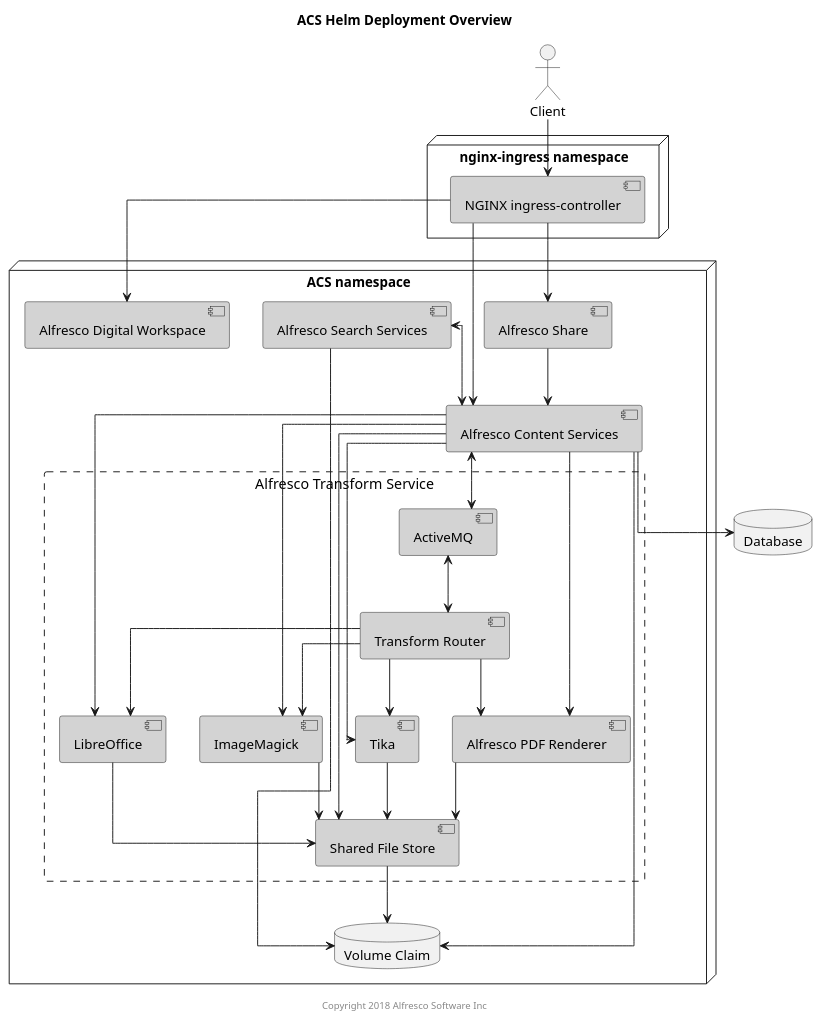
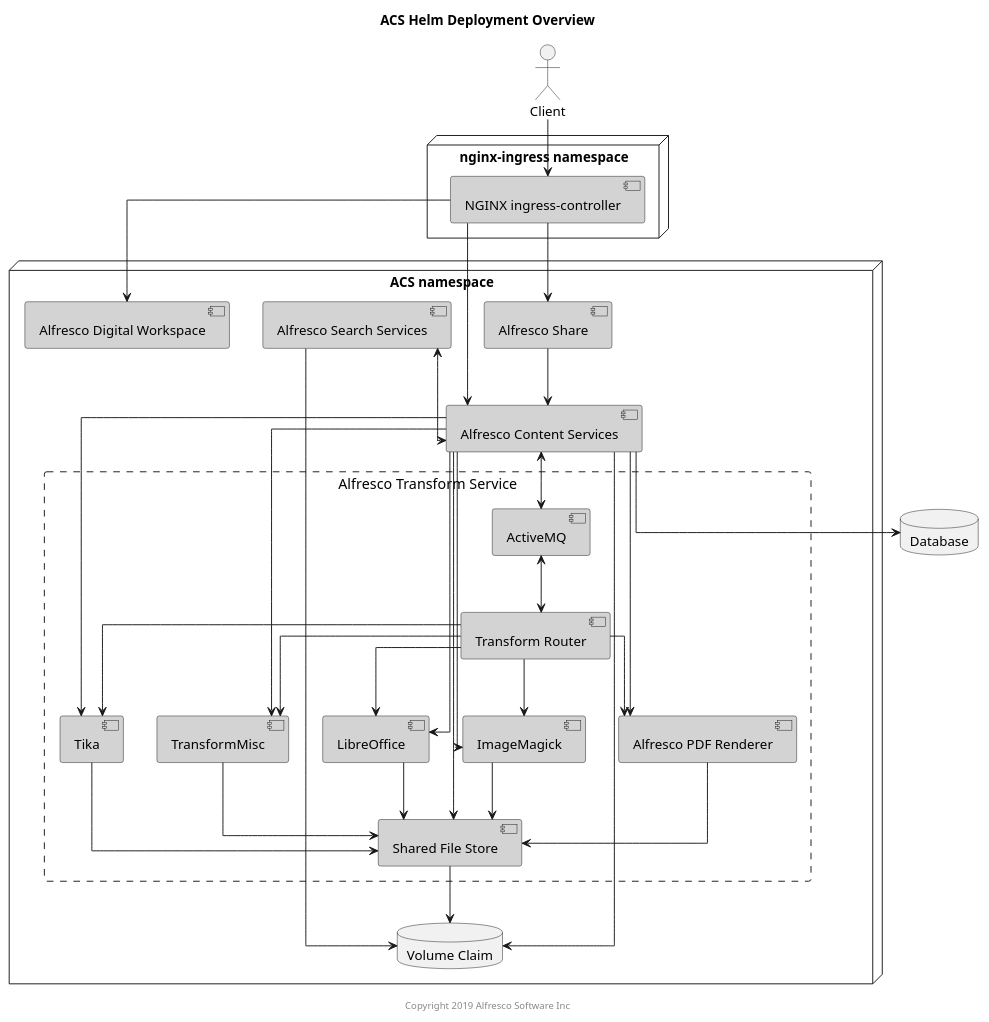
Before and after one commit to Alfresco/acs-deployment: the diagram in docs/diagrams/helm-chart/helm-components.puml, drawn with PlantUML. The commit also changed 7 other files, not shown here.

Commit message:
Update docs/diagrams to include TransformMisc

```diff
--- a/docs/diagrams/helm-chart/helm-components.puml
+++ b/docs/diagrams/helm-chart/helm-components.puml
@@ -1,69 +1,73 @@
 @startuml
 
 Title: ACS Helm Deployment Overview
 
 skinparam componentStyle uml2
 skinparam linetype ortho
 skinparam rectangle {
     BorderStyle dashed
     FontSize 15
     FontStyle none
 }
 
 actor Client
 
 node "nginx-ingress namespace" {
     component "NGINX ingress-controller" as nginx #lightgrey
 }
 
 node "ACS namespace" {
     component "Alfresco Digital Workspace" as adw #lightgrey
     component "Alfresco Content Services" as acs #lightgrey
     component "Alfresco Search Services" as ass #lightgrey
     component "Alfresco Share" as share #lightgrey
     database "Volume Claim" as vc
     rectangle "Alfresco Transform Service" {
         component "Transform Router" as tr #lightgrey
         component "Shared File Store" as sfs #lightgrey
         component "ActiveMQ" as amq #lightgrey
         component "Alfresco PDF Renderer" as pdfr #lightgrey
         component "LibreOffice" as libr #lightgrey
         component "ImageMagick" as img #lightgrey
         component "Tika" as tika #lightgrey
+        component "TransformMisc" as misc #lightgrey
     }
 }
 
 database "Database" as db
 
 Client --> nginx
 
 nginx --> acs
 nginx --> share
 nginx --> adw
 
 acs --> vc
 ass --> vc
 sfs --> vc
 
 ass <--> acs
 acs --> db
 acs --> pdfr
 acs --> libr
 acs --> img
 acs --> tika
+acs --> misc
 acs --> sfs
 acs <--> amq
 tr --> pdfr
 tr --> libr
 tr --> img
 tr --> tika
+tr --> misc
 tr <-up-> amq
 pdfr --> sfs
 libr --> sfs
 img --> sfs
 tika --> sfs
+misc --> sfs
 share --> acs
 
-center footer Copyright 2018 Alfresco Software Inc
+center footer Copyright 2019 Alfresco Software Inc
 
 @enduml
```
